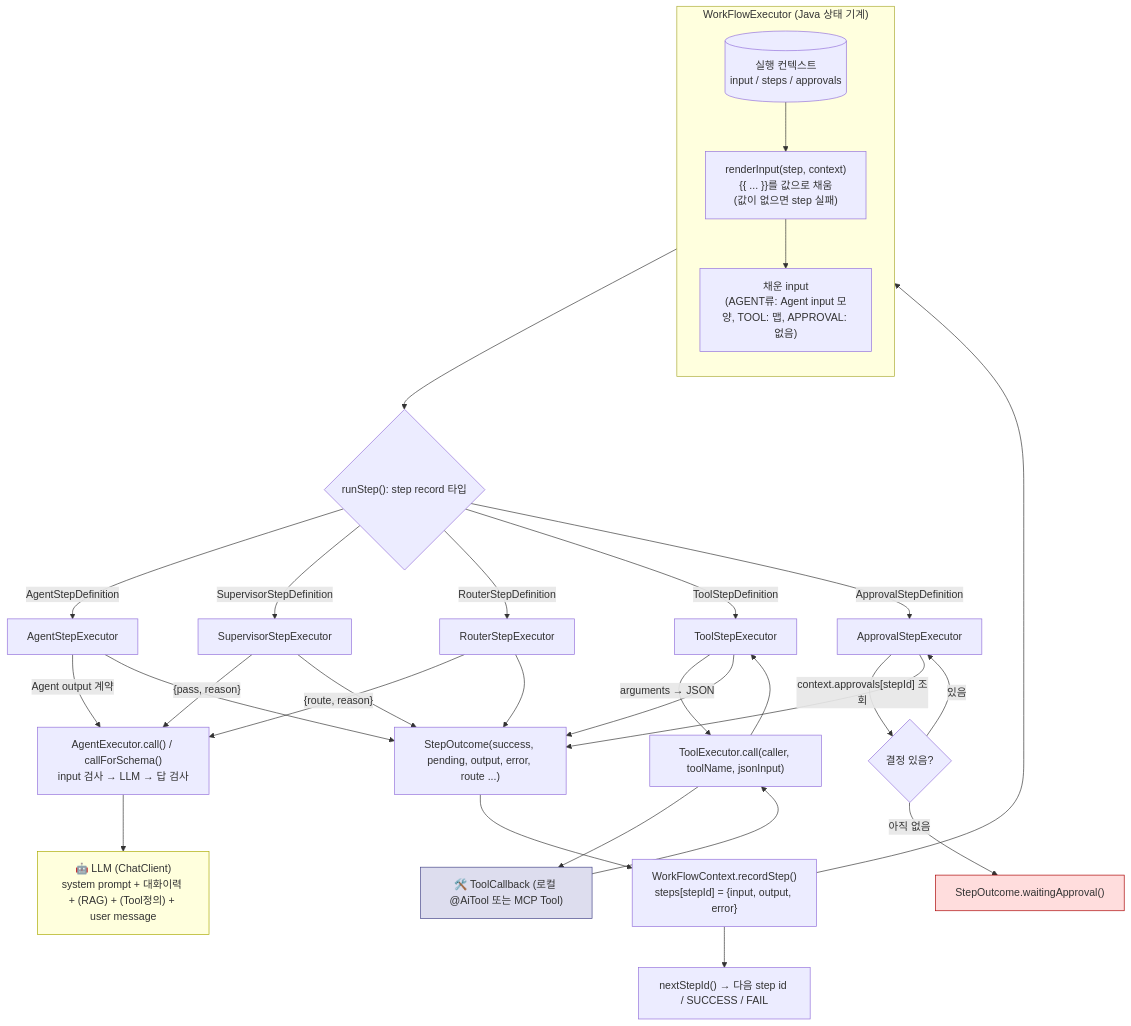
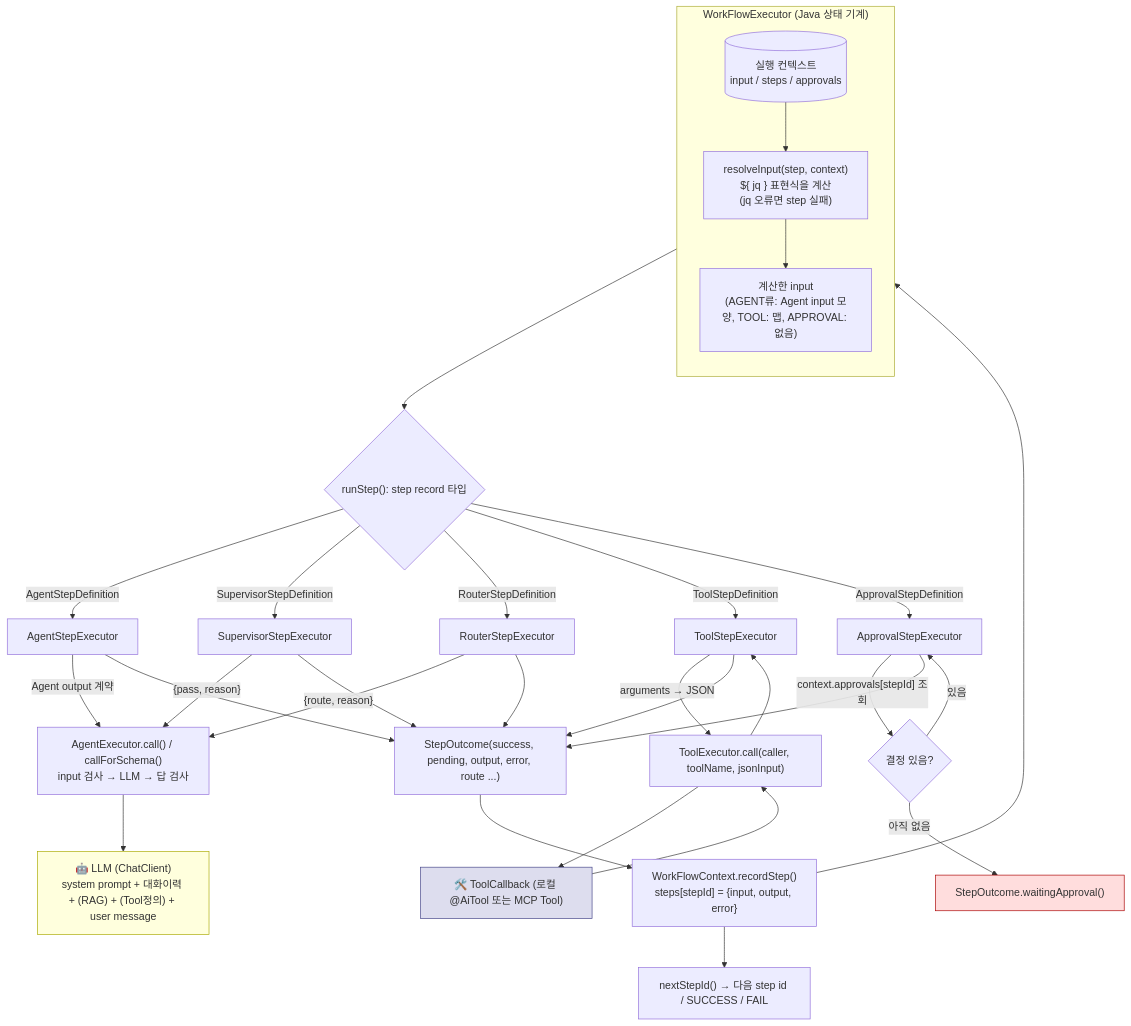
One commit to YongSoekChoeng/dstone changed the fifth of 9 diagrams in docs/09.dstone-ai-engine.md. Above: the diagram before and after it, drawn with Mermaid. The commit also changed other lines of this file and 49 other files, not shown here.

````diff
--- a/docs/09.dstone-ai-engine.md
+++ b/docs/09.dstone-ai-engine.md
@@ -575,44 +584,44 @@
 ```mermaid
 flowchart TD
     subgraph L1["WorkFlowExecutor (Java 상태 기계)"]
         direction TB
         CTX[("실행 컨텍스트\ninput / steps / approvals")]
-        R["renderInput(step, context)\n{{ ... }}를 값으로 채움\n(값이 없으면 step 실패)"]
-        SI["채운 input\n(AGENT류: Agent input 모양, TOOL: 맵, APPROVAL: 없음)"]
+        R["resolveInput(step, context)\n${ jq } 표현식을 계산\n(jq 오류면 step 실패)"]
+        SI["계산한 input\n(AGENT류: Agent input 모양, TOOL: 맵, APPROVAL: 없음)"]
         CTX --> R --> SI
     end
 
     SI --> DISPATCH{"runStep(): step record 타입"}
     DISPATCH -->|AgentStepDefinition| ASR["AgentStepExecutor"]
     DISPATCH -->|SupervisorStepDefinition| SSR["SupervisorStepExecutor"]
     DISPATCH -->|RouterStepDefinition| RSR["RouterStepExecutor"]
     DISPATCH -->|ToolStepDefinition| TSR["ToolStepExecutor"]
     DISPATCH -->|ApprovalStepDefinition| APR["ApprovalStepExecutor"]
 
     ASR -->|"Agent output 계약"| AE["AgentExecutor.call() / callForSchema()\ninput 검사 → LLM → 답 검사"]
     SSR -->|"{pass, reason}"| AE
     RSR -->|"{route, reason}"| AE
     AE --> LLM["🤖 LLM (ChatClient)\nsystem prompt + 대화이력 + (RAG) + (Tool정의) + user message"]
 
     TSR -->|"arguments → JSON"| TE["ToolExecutor.call(caller, toolName, jsonInput)"]
     TE --> TOOL["🛠️ ToolCallback (로컬 @AiTool 또는 MCP Tool)"]
     TOOL --> TE --> TSR
 
     APR -->|"context.approvals[stepId] 조회"| DECIDE{"결정 있음?"}
     DECIDE -->|"아직 없음"| PENDING["StepOutcome.waitingApproval()"]
     DECIDE -->|"있음"| APR
 
     ASR --> SO["StepOutcome(success, pending, output, error, route ...)"]
     SSR --> SO
     RSR --> SO
     TSR --> SO
     APR --> SO
 
     SO --> REC["WorkFlowContext.recordStep()\nsteps[stepId] = {input, output, error}"]
     REC --> CTX
     REC --> NEXT["nextStepId() → 다음 step id / SUCCESS / FAIL"]
 
     style LLM fill:#ffd,stroke:#aa0
     style TOOL fill:#dde,stroke:#448
     style PENDING fill:#fdd,stroke:#a00
 ```
````
